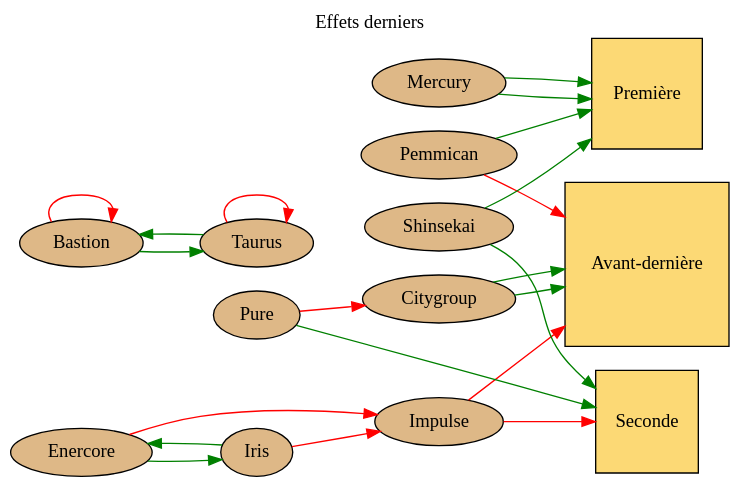
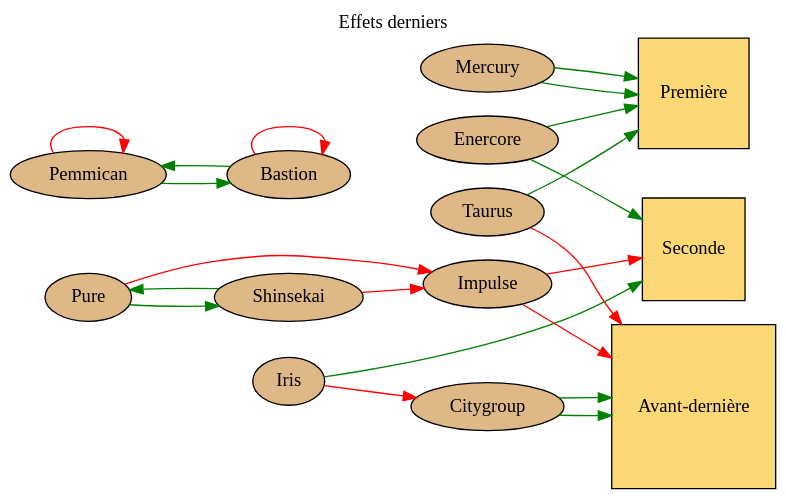
One commit to Neamar/corporate changed the diagram in data/cities/detroit/graphviz/last.dot. Above: the diagram before and after it, drawn with Graphviz. The commit also changed 1 other file, not shown here.

Commit message:
Duo is now Pemmican / Bastion, trio Impulse / Shinsekai / Pure

```diff
--- a/data/cities/detroit/graphviz/last.dot
+++ b/data/cities/detroit/graphviz/last.dot
@@ -1,55 +1,55 @@
 # dot -T svg data/graphviz/last.dot > website/static/graphviz/last.svg
 digraph g{
 	graph [
 		rankdir = "LR"
 		bgcolor=transparent
 	];
 	// title
 	labelloc="t";
 	label="Effets derniers";
 
 	premier [shape=square, fillcolor="#FCD975", style="filled", label="Première"];
 	second [shape=square, fillcolor="#FCD975", style="filled", label="Seconde"];
 	avantdernier [shape=square, fillcolor="#FCD975", style="filled", label="Avant-dernière"];
 
 	pemmican [shape=ellipse, fillcolor="burlywood", style="filled", label="Pemmican"];
 	bastion [shape=ellipse, fillcolor="burlywood", style="filled", label="Bastion"];
 	citygroup [shape=ellipse, fillcolor="burlywood", style="filled", label="Citygroup"];
 	enercore [shape=ellipse, fillcolor="burlywood", style="filled", label="Enercore"];
-	impulse [shape=ellipse, fillcolor="burlywood", style="filled", label="Impulse"];
 	iris [shape=ellipse, fillcolor="burlywood",style="filled", label="Iris"];
 	mercury [shape=ellipse, fillcolor="burlywood", style="filled", label="Mercury"];
 	pure [shape=ellipse, fillcolor="burlywood", style="filled", label="Pure"];
+	impulse [shape=ellipse, fillcolor="burlywood", style="filled", label="Impulse"];
 	shinsekai [shape=ellipse, fillcolor="burlywood", style="filled", label="Shinsekai"];
 	taurus [shape=ellipse, fillcolor="burlywood", style="filled", label="Taurus"];
 
-	pemmican -> premier [color="green"];
-	pemmican -> avantdernier [color="red"];
+	taurus -> premier [color="green"];
+	taurus -> avantdernier [color="red"];
 
-	bastion -> taurus [color="green"];
+	bastion -> pemmican [color="green"];
 	bastion -> bastion [color="red"];
 
-	taurus -> taurus [color="red"];
-	taurus -> bastion [color="green"];
+	pemmican -> pemmican [color="red"];
+	pemmican -> bastion [color="green"];
 
 	citygroup-> avantdernier [color="green"];
 	citygroup-> avantdernier [color="green"];
 
-	shinsekai -> premier [color="green"];
-	shinsekai -> second [color="green"];
+	enercore -> premier [color="green"];
+	enercore -> second [color="green"];
 
-	enercore -> iris [color="green"];
-	enercore -> impulse [color="red"];
+	shinsekai -> pure [color="green"];
+	shinsekai -> impulse [color="red"];
 
 	impulse -> avantdernier [color="red"];
 	impulse -> second [color="red"];
 
-	iris -> enercore [color="green"];
-	iris -> impulse [color="red"];
+	pure -> shinsekai [color="green"];
+	pure -> impulse [color="red"];
 
 	mercury -> premier [color="green"];
 	mercury -> premier [color="green"];
 
-	pure -> citygroup [color="red"];
-	pure -> second [color="green"];
+	iris -> citygroup [color="red"];
+	iris -> second [color="green"];
 }
```
